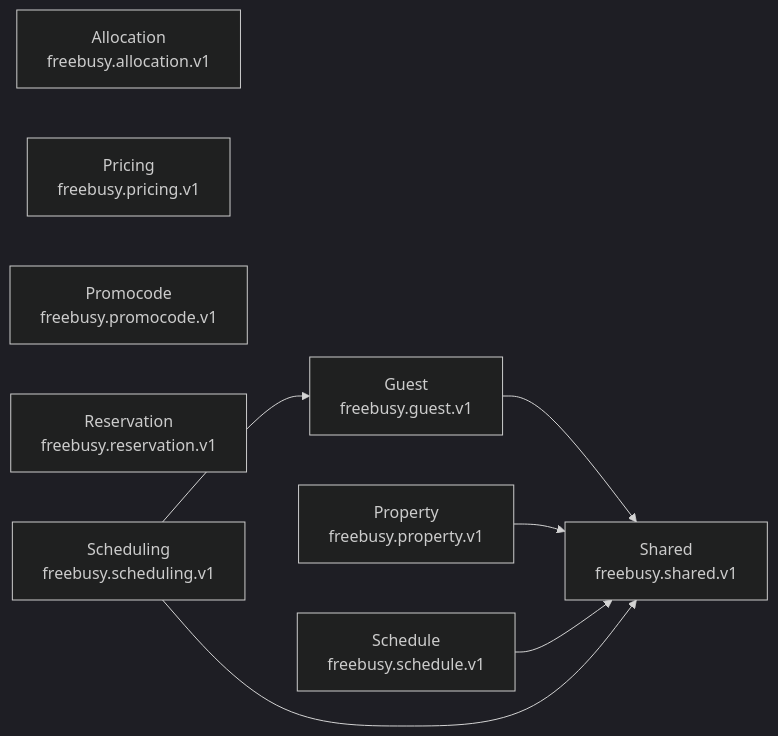
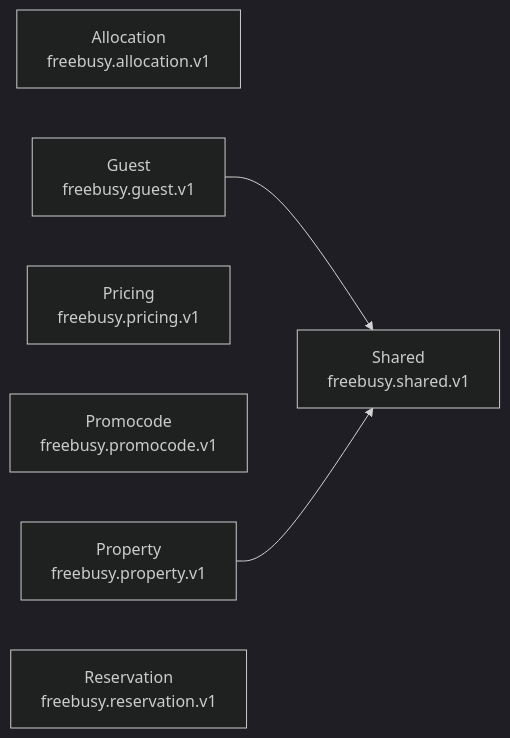
One commit to shokki-engineering/freebusy changed the diagram in protobuf/README.md. Above: the diagram before and after it, drawn with Mermaid (dark theme). The commit also changed other lines of this file and 350 other files, not shown here.

First line of the commit message:
Refactor freebusy schema: remove unused models and enums

````diff
--- a/protobuf/README.md
+++ b/protobuf/README.md
@@ -27,17 +25,12 @@
 ```mermaid
 graph LR
     freebusy_allocation_v1["Allocation<br/>freebusy.allocation.v1"]
     freebusy_guest_v1["Guest<br/>freebusy.guest.v1"]
     freebusy_pricing_v1["Pricing<br/>freebusy.pricing.v1"]
     freebusy_promocode_v1["Promocode<br/>freebusy.promocode.v1"]
     freebusy_property_v1["Property<br/>freebusy.property.v1"]
     freebusy_reservation_v1["Reservation<br/>freebusy.reservation.v1"]
-    freebusy_schedule_v1["Schedule<br/>freebusy.schedule.v1"]
-    freebusy_scheduling_v1["Scheduling<br/>freebusy.scheduling.v1"]
     freebusy_shared_v1["Shared<br/>freebusy.shared.v1"]
     freebusy_guest_v1 --> freebusy_shared_v1
     freebusy_property_v1 --> freebusy_shared_v1
-    freebusy_schedule_v1 --> freebusy_shared_v1
-    freebusy_scheduling_v1 --> freebusy_guest_v1
-    freebusy_scheduling_v1 --> freebusy_shared_v1
 ```
````
